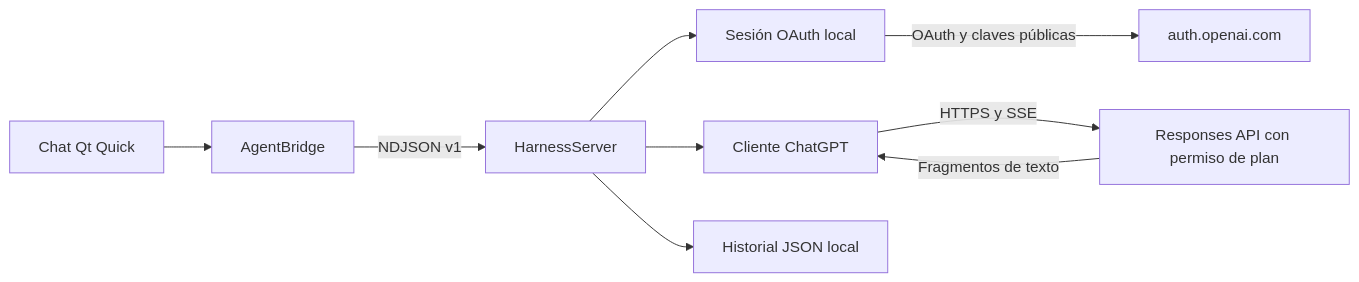
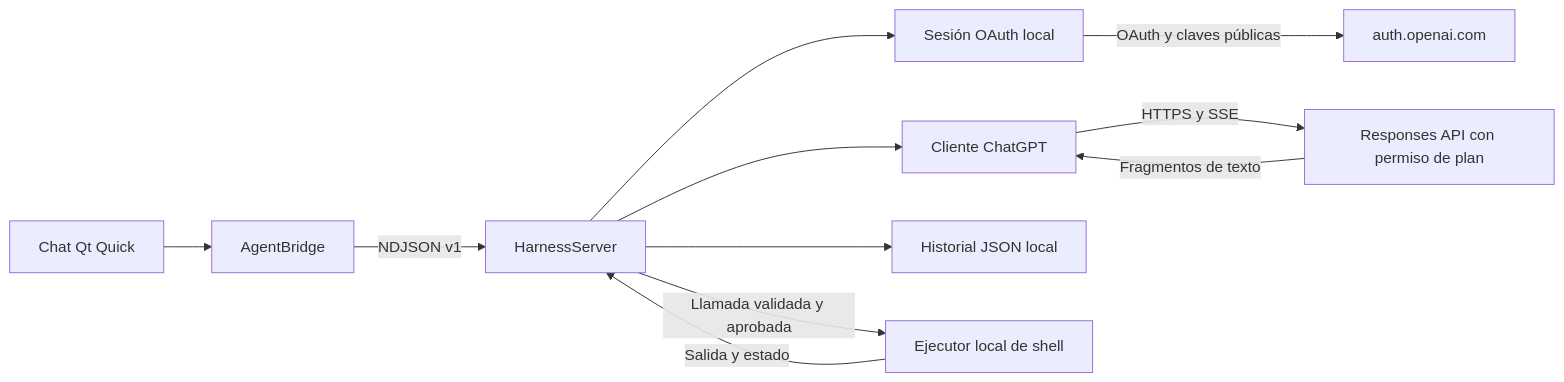
Before and after one commit to davidmeraz/agent-shell: the diagram in docs/architecture.md, drawn with Mermaid. The commit also changed other lines of this file and 29 other files, not shown here.

````diff
--- a/docs/architecture.md
+++ b/docs/architecture.md
@@ -6,11 +6,13 @@
 ```mermaid
 flowchart LR
     Qt[Chat Qt Quick] --> Bridge[AgentBridge]
     Bridge -->|NDJSON v1| Python[HarnessServer]
     Python --> Session[Sesión OAuth local]
     Python --> Client[Cliente ChatGPT]
     Session -->|OAuth y claves públicas| Auth[auth.openai.com]
     Client -->|HTTPS y SSE| API[Responses API con permiso de plan]
     API -->|Fragmentos de texto| Client
     Python --> History[Historial JSON local]
+    Python -->|Llamada validada y aprobada| Shell[Ejecutor local de shell]
+    Shell -->|Salida y estado| Python
 ```
````
